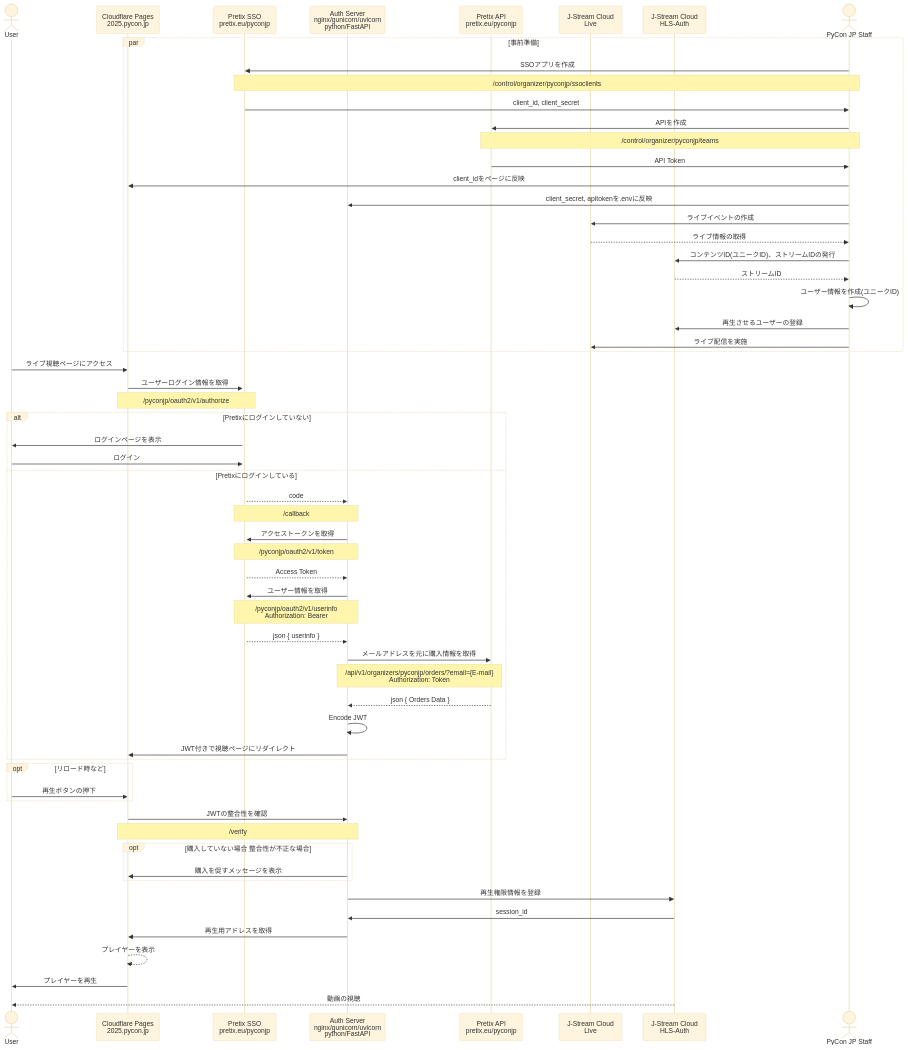
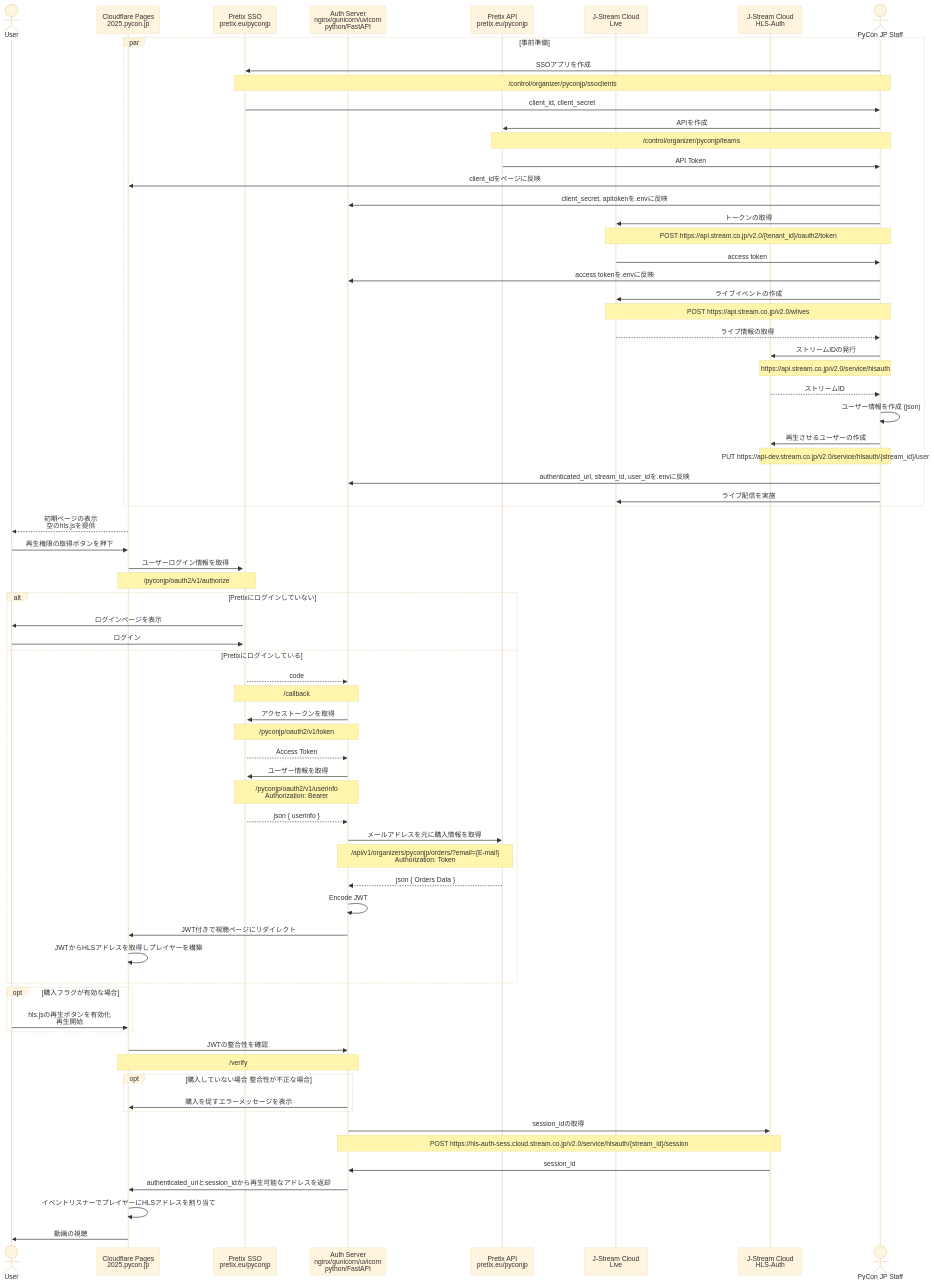
One commit to takashi74/key_ticket_system changed the diagram in README.md. Above: the diagram before and after it, drawn with Mermaid (base theme). The commit also changed 2 other files, not shown here.

Commit message:
update J-Stream CLoud

````diff
--- a/README.md
+++ b/README.md
@@ -48,64 +48,78 @@
 ```mermaid
 sequenceDiagram
     actor U as User
     participant A as Cloudflare Pages<br>2025.pycon.jp
     participant B as Pretix SSO<br>pretix.eu/pyconjp
     participant D as Auth Server<br>nginx/gunicorn/uvicorn<br>python/FastAPI
     participant C as Pretix API<br>pretix.eu/pyconjp
     participant I as J-Stream Cloud<br>Live
     participant J as J-Stream Cloud<br>HLS-Auth
     actor P as PyCon JP Staff
 
     par 事前準備
         P->>B: SSOアプリを作成
         Note over P,B: /control/organizer/pyconjp/ssoclients
         B->>P: client_id, client_secret
         P->>C: APIを作成
         Note over P,C: /control/organizer/pyconjp/teams
         C->>P: API Token
         P->>A: client_idをページに反映
         P->>D: client_secret, apitokenを.envに反映
+
+        P->>I: トークンの取得
+        Note over P,I: POST https://api.stream.co.jp/v2.0/{tenant_id}/oauth2/token
+        I->>P: access token
+        P->>D: access tokenを.envに反映
         P->>I: ライブイベントの作成
+        Note over P,I: POST https://api.stream.co.jp/v2.0/wlives
         I-->>P: ライブ情報の取得
-        P->>J: コンテンツID(ユニークID)、ストリームIDの発行
+
+        P->>J: ストリームIDの発行
+        Note over P,J: https://api.stream.co.jp/v2.0/service/hlsauth
         J-->>P: ストリームID
-        P->>P: ユーザー情報を作成(ユニークID)
-        P->>J: 再生させるユーザーの登録
+
+        P->>P: ユーザー情報を作成 (json)
+        P->>J: 再生させるユーザーの作成
+        Note over P,J: PUT https://api-dev.stream.co.jp/v2.0/service/hlsauth/{stream_id}/user
+        P->>D: authenticated_url, stream_id, user_idを.envに反映
+
         P->>I: ライブ配信を実施
     end
-    U->>A: ライブ視聴ページにアクセス
+    A-->>U: 初期ページの表示<br>空のhls.jsを提供
+    U->>A: 再生権限の取得ボタンを押下
     A->>+B: ユーザーログイン情報を取得
     Note over A,B: /pyconjp/oauth2/v1/authorize
     alt Pretixにログインしていない
     B->>U: ログインページを表示
     U->>B: ログイン
     else Pretixにログインしている
     B-->>D: code
     Note over B,D: /callback
     D->>B: アクセストークンを取得
     Note over B,D: /pyconjp/oauth2/v1/token
     B-->>D: Access Token
     D->>B: ユーザー情報を取得
     Note over B,D: /pyconjp/oauth2/v1/userinfo<br>Authorization: Bearer
     B-->>D: json { userinfo }
     D->>C: メールアドレスを元に購入情報を取得
     Note over C,D: /api/v1/organizers/pyconjp/orders/?email={E-mail}<br>Authorization: Token
     C-->>D: json { Orders Data }
     D->>D: Encode JWT
     D->>A: JWT付きで視聴ページにリダイレクト
+    A->>A: JWTからHLSアドレスを取得しプレイヤーを構築
     end
-    opt リロード時など
-    U->>A: 再生ボタンの押下
+    opt 購入フラグが有効な場合
+    U->>A: hls.jsの再生ボタンを有効化<br>再生開始
     end
     A->>D: JWTの整合性を確認
     Note over A,D: /verify
     opt 購入していない場合 整合性が不正な場合
-    D->>A: 購入を促すメッセージを表示
+    D->>A: 購入を促すエラーメッセージを表示
     end
-    D->>J: 再生権限情報を登録
+    D->>J: session_idの取得
+    Note over D,J:POST https://hls-auth-sess.cloud.stream.co.jp/v2.0/service/hlsauth/{stream_id}/session
     J->>D: session_id
-    D->>A: 再生用アドレスを取得
-    A-->>A: プレイヤーを表示
-    A->>U: プレイヤーを再生
-    J-->>U: 動画の視聴
+    D->>A: authenticated_urlとsession_idから再生可能なアドレスを返却
+    A->>A: イベントリスナーでプレイヤーにHLSアドレスを割り当て
+    A->>U: 動画の視聴
 ```
````
